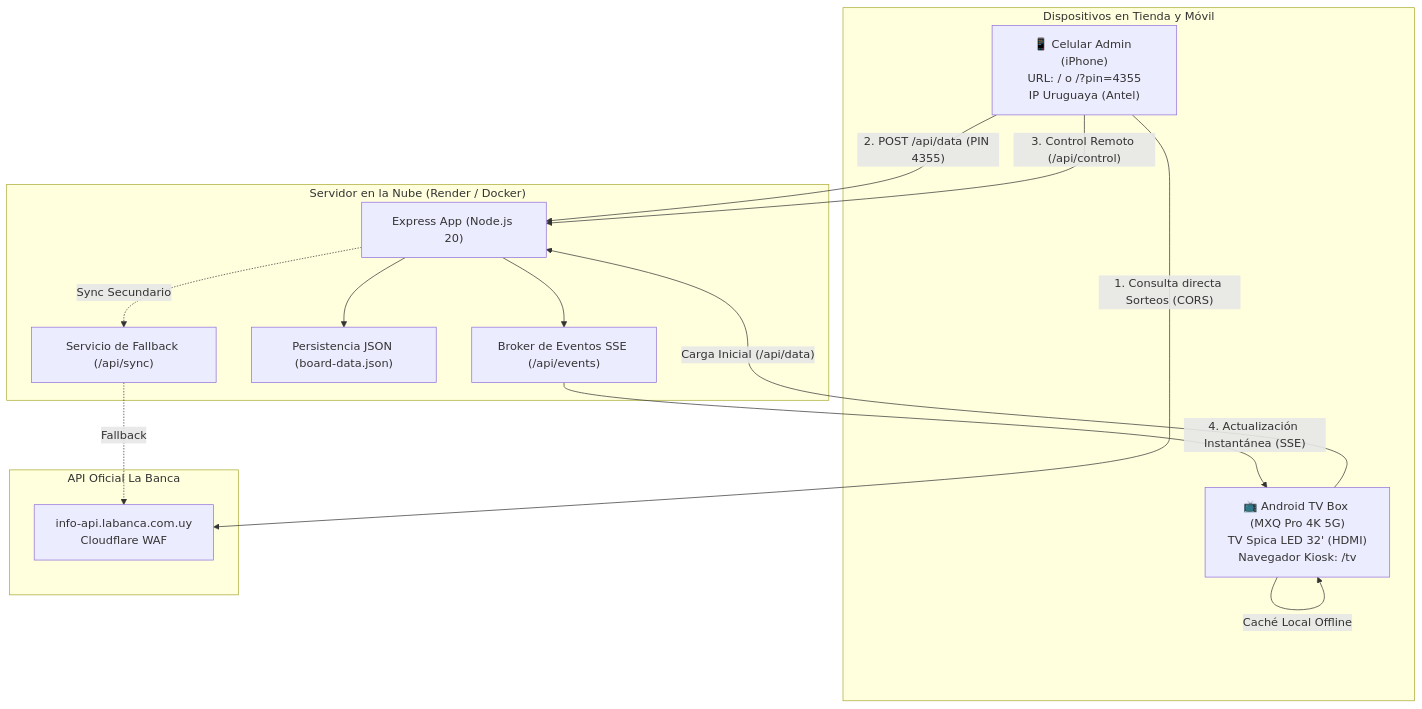
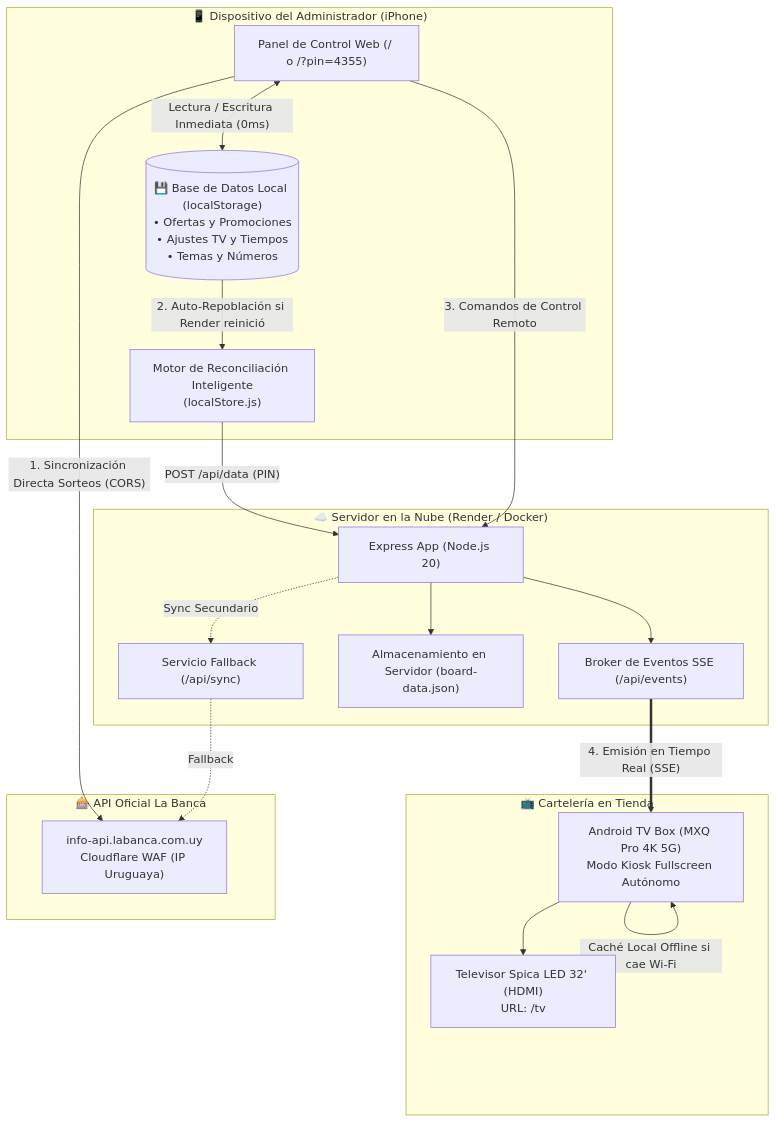
One commit to jamatrain/remote-board changed the first of 4 diagrams in README.md. Above: the diagram before and after it, drawn with Mermaid. The commit also changed other lines of this file and 4 other files, not shown here.

````diff
--- a/README.md
+++ b/README.md
@@ -19,32 +19,40 @@
 ```mermaid
 flowchart TD
-    subgraph Clientes["Dispositivos en Tienda y Móvil"]
-        iPhone["📱 Celular Admin (iPhone)<br/>URL: / o /?pin=4355<br/>IP Uruguaya (Antel)"]
-        TVBox["📺 Android TV Box (MXQ Pro 4K 5G)<br/>TV Spica LED 32' (HDMI)<br/>Navegador Kiosk: /tv"]
+    subgraph LocalAdmin["📱 Dispositivo del Administrador (iPhone)"]
+        UIAdmin["Panel de Control Web (/ o /?pin=4355)"]
+        LocalDB[("💾 Base de Datos Local (localStorage)<br/>• Ofertas y Promociones<br/>• Ajustes TV y Tiempos<br/>• Temas y Números")]
+        Reconciler["Motor de Reconciliación Inteligente<br/>(localStore.js)"]
     end
 
-    subgraph Nube["Servidor en la Nube (Render / Docker)"]
+    subgraph Nube["☁️ Servidor en la Nube (Render / Docker)"]
         Router["Express App (Node.js 20)"]
         SSEBroker["Broker de Eventos SSE (/api/events)"]
-        DataStore["Persistencia JSON (board-data.json)"]
-        SyncService["Servicio de Fallback (/api/sync)"]
+        ServerData["Almacenamiento en Servidor (board-data.json)"]
+        SyncFallback["Servicio Fallback (/api/sync)"]
     end
 
-    subgraph OrigenDatos["API Oficial La Banca"]
-        LaBancaAPI["info-api.labanca.com.uy<br/>Cloudflare WAF"]
+    subgraph Pantalla["📺 Cartelería en Tienda"]
+        TVBox["Android TV Box (MXQ Pro 4K 5G)<br/>Modo Kiosk Fullscreen Autónomo"]
+        TV["Televisor Spica LED 32' (HDMI)<br/>URL: /tv"]
     end
 
-    %% Flujos de datos
-    iPhone -->|"1. Consulta directa Sorteos (CORS)"| LaBancaAPI
-    iPhone -->|"2. POST /api/data (PIN 4355)"| Router
-    iPhone -->|"3. Control Remoto (/api/control)"| Router
+    subgraph Proveedor["🎰 API Oficial La Banca"]
+        LaBancaAPI["info-api.labanca.com.uy<br/>Cloudflare WAF (IP Uruguaya)"]
+    end
 
-    Router --> DataStore
+    %% Relaciones
+    UIAdmin <-->|"Lectura / Escritura Inmediata (0ms)"| LocalDB
+    UIAdmin -->|"1. Sincronización Directa Sorteos (CORS)"| LaBancaAPI
+    LocalDB -->|"2. Auto-Repoblación si Render reinició"| Reconciler
+    Reconciler -->|"POST /api/data (PIN)"| Router
+    UIAdmin -->|"3. Comandos de Control Remoto"| Router
+
+    Router --> ServerData
     Router --> SSEBroker
-    Router -.->|"Sync Secundario"| SyncService
-    SyncService -.->|"Fallback"| LaBancaAPI
+    Router -.->|"Sync Secundario"| SyncFallback
+    SyncFallback -.->|"Fallback"| LaBancaAPI
 
-    SSEBroker -->|"4. Actualización Instantánea (SSE)"| TVBox
-    TVBox -->|"Carga Inicial (/api/data)"| Router
-    TVBox -->|"Caché Local Offline"| TVBox
+    SSEBroker ==>|"4. Emisión en Tiempo Real (SSE)"| TVBox
+    TVBox --> TV
+    TVBox -->|"Caché Local Offline si cae Wi-Fi"| TVBox
 ```
````
